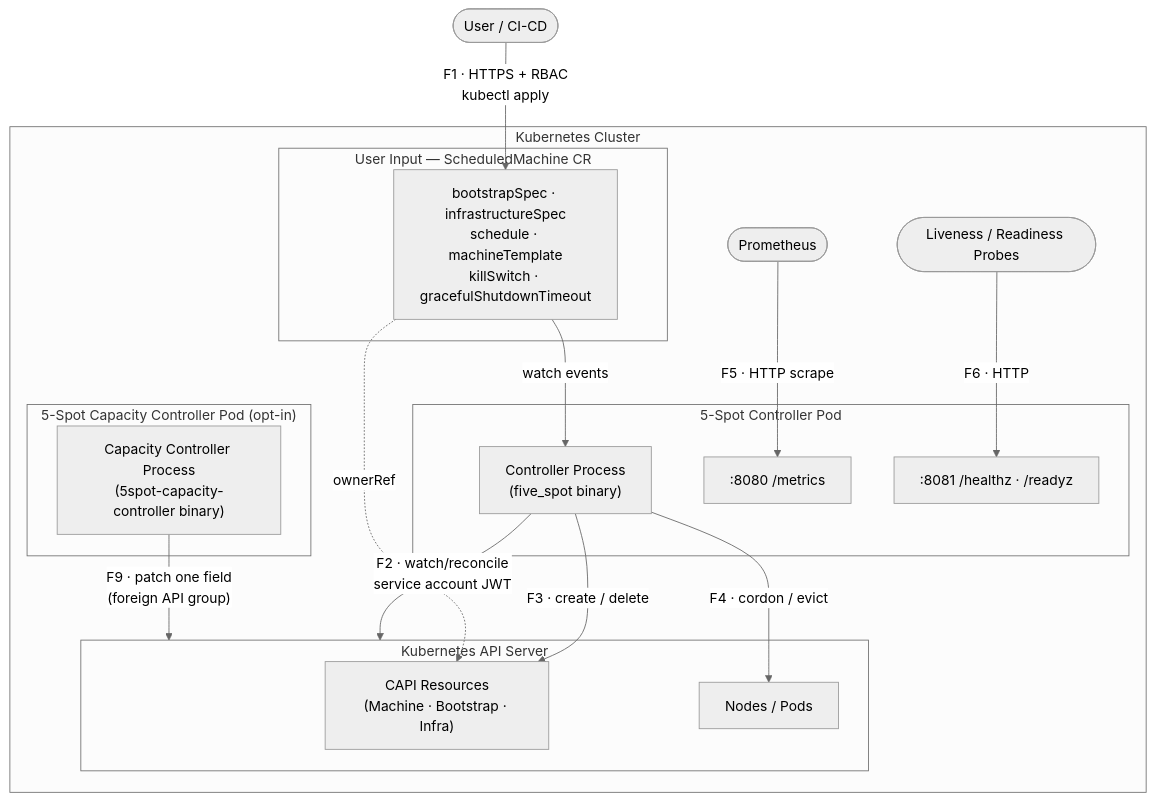
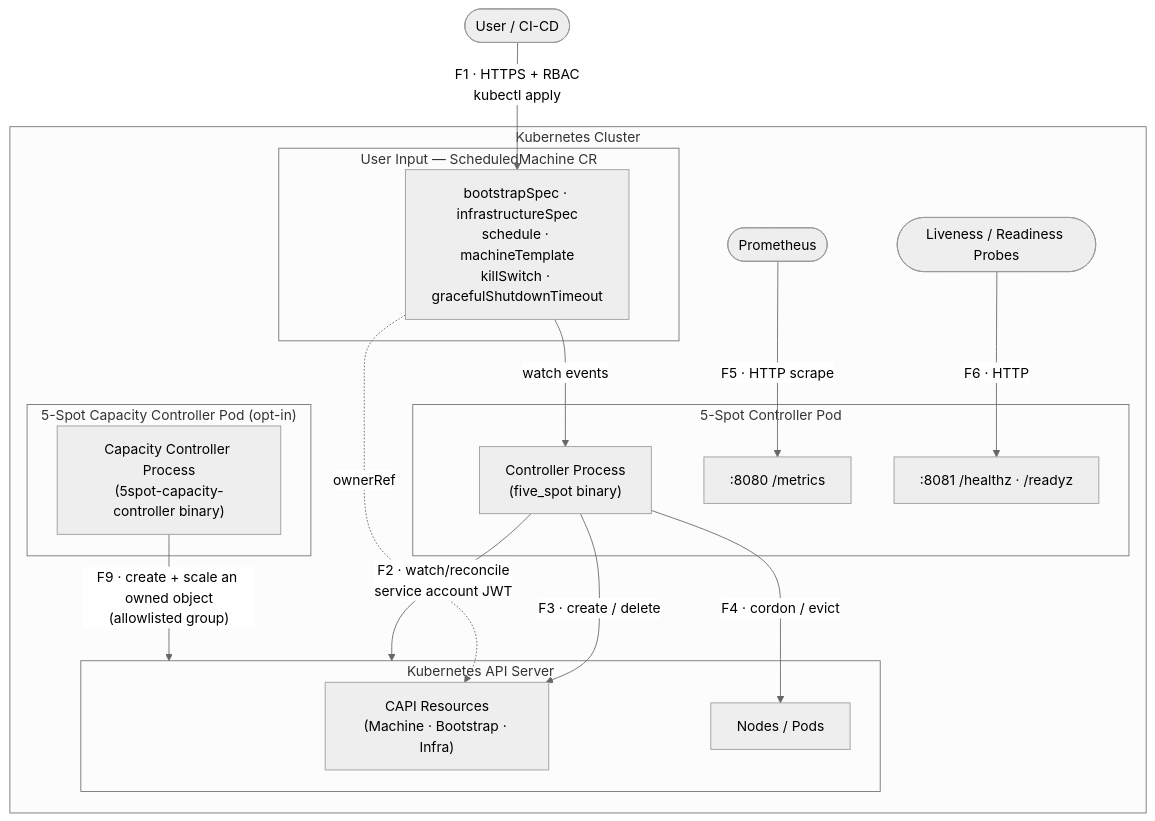
Before and after one commit to finos/5-spot: the first of 2 diagrams in docs/src/security/threat-model.md, drawn with Mermaid (neutral theme). The commit also changed other lines of this file and 31 other files, not shown here.

````diff
--- a/docs/src/security/threat-model.md
+++ b/docs/src/security/threat-model.md
@@ -58,38 +80,38 @@
 ```mermaid
 flowchart TB
     User(["User / CI-CD"])
 
     subgraph cluster["Kubernetes Cluster"]
         subgraph capctrl["5-Spot Capacity Controller Pod (opt-in)"]
             CC["Capacity Controller Process\n(5spot-capacity-controller binary)"]
         end
 
         subgraph ctrl["5-Spot Controller Pod"]
             C["Controller Process\n(five_spot binary)"]
             M[":8080 /metrics"]
             H[":8081 /healthz · /readyz"]
         end
 
         subgraph input["User Input — ScheduledMachine CR"]
             SM["bootstrapSpec · infrastructureSpec\nschedule · machineTemplate\nkillSwitch · gracefulShutdownTimeout"]
         end
 
         subgraph api["Kubernetes API Server"]
             CAPI["CAPI Resources\n(Machine · Bootstrap · Infra)"]
             NP["Nodes / Pods"]
         end
 
         Prom(["Prometheus"])
         Probes(["Liveness / Readiness Probes"])
     end
 
     User -->|"F1 · HTTPS + RBAC\nkubectl apply"| SM
     SM -->|watch events| C
     C -->|"F2 · watch/reconcile\nservice account JWT"| api
     C -->|"F3 · create / delete"| CAPI
     C -->|"F4 · cordon / evict"| NP
     SM -.->|ownerRef| CAPI
-    CC -->|"F9 · patch one field\n(foreign API group)"| api
+    CC -->|"F9 · create + scale an owned object\n(allowlisted group)"| api
     Prom -->|"F5 · HTTP scrape"| M
     Probes -->|"F6 · HTTP"| H
 ```
````
